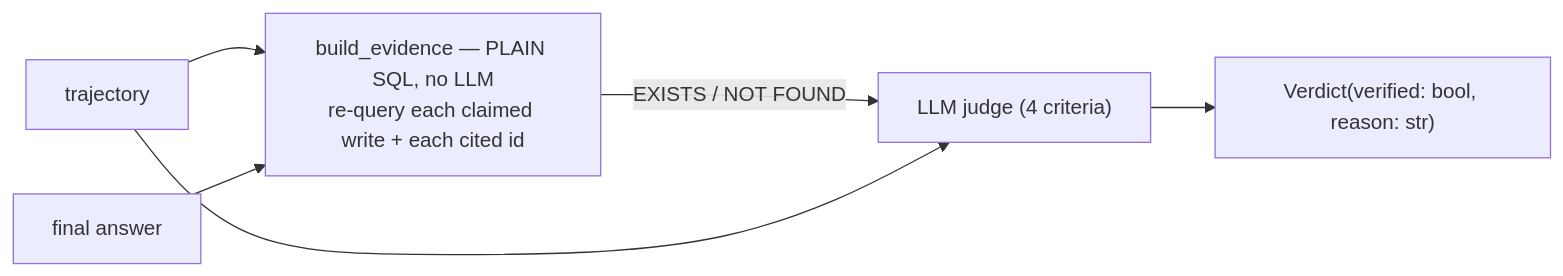
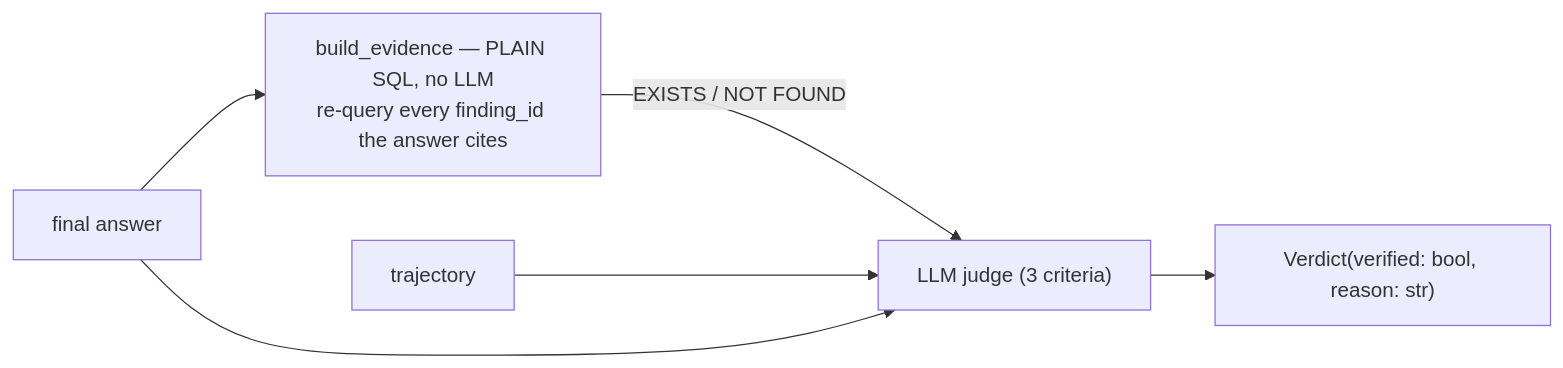
The third of 5 diagrams in docs/notebook-01-explained.md (anantsrivast/cityops-agent-harness), drawn with Mermaid before and after one commit. The commit also changed other lines of this file and 2 other files, not shown here.

````diff
--- a/docs/notebook-01-explained.md
+++ b/docs/notebook-01-explained.md
@@ -143,8 +168,8 @@
 ```mermaid
 flowchart LR
-  traj["trajectory"] --> EV["build_evidence — PLAIN SQL, no LLM<br/>re-query each claimed write + each cited id"]
-  ans["final answer"] --> EV
-  EV -->|"EXISTS / NOT FOUND"| J["LLM judge (4 criteria)"]
-  traj --> J
+  ans["final answer"] --> EV["build_evidence — PLAIN SQL, no LLM<br/>re-query every finding_id the answer cites"]
+  EV -->|"EXISTS / NOT FOUND"| J["LLM judge (3 criteria)"]
+  traj["trajectory"] --> J
+  ans --> J
   J --> V["Verdict(verified: bool, reason: str)"]
 ```
````
